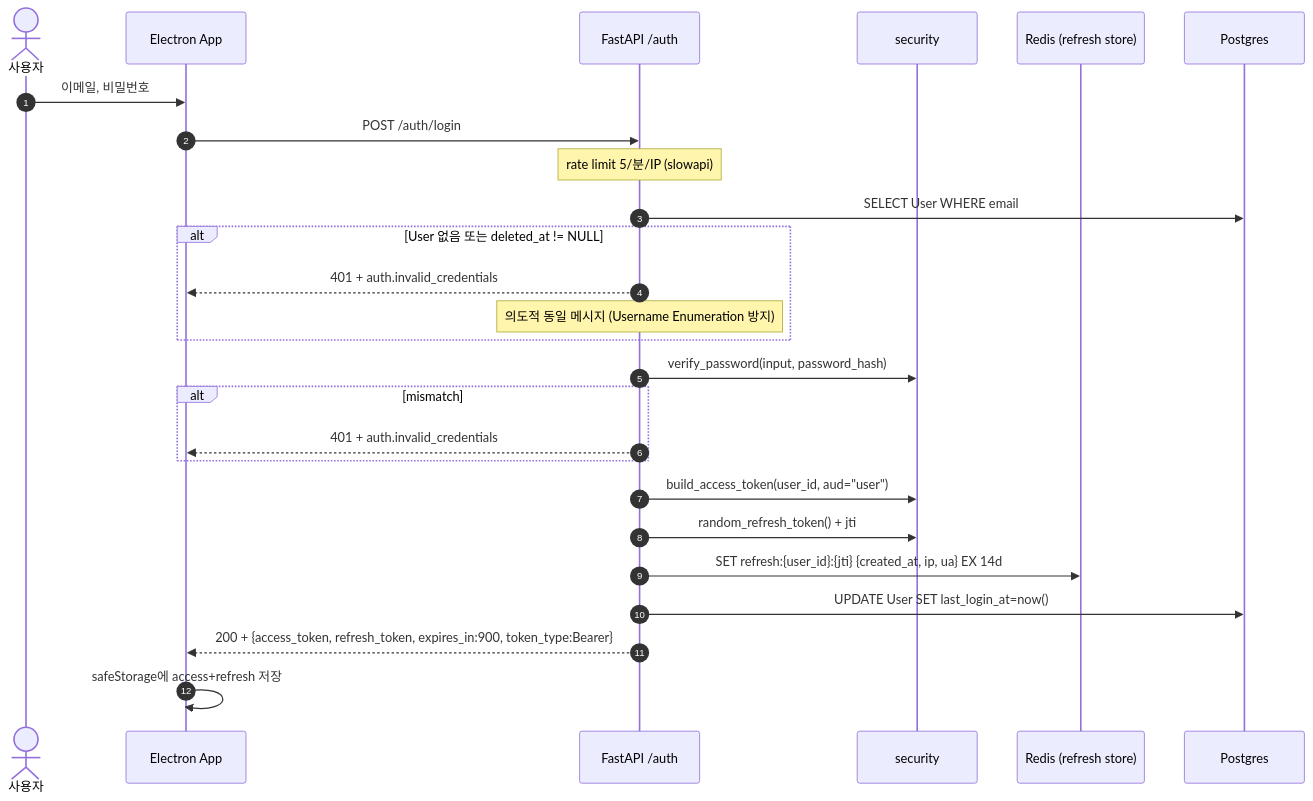
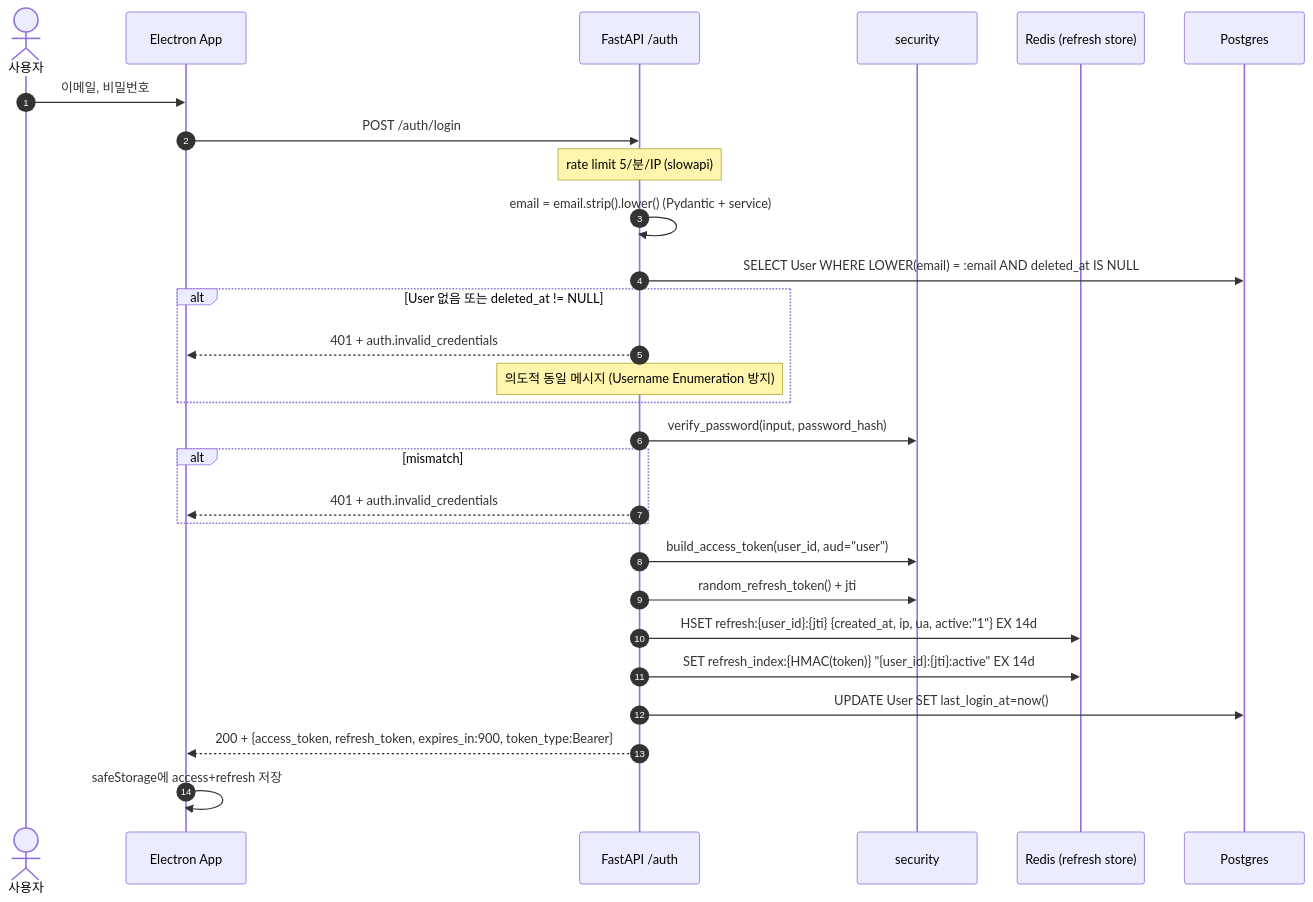
Before and after one commit to nwejnkasdf/SKKU-insight: the second of 5 diagrams in docs/security/auth-flow.md, drawn with Mermaid. The commit also changed other lines of this file and 9 other files, not shown here.

````diff
--- a/docs/security/auth-flow.md
+++ b/docs/security/auth-flow.md
@@ -48,29 +52,31 @@
 ```mermaid
 sequenceDiagram
     autonumber
     actor U as 사용자
     participant E as Electron App
     participant API as FastAPI /auth
     participant Sec as security
     participant Redis as Redis (refresh store)
     participant DB as Postgres
 
     U->>E: 이메일, 비밀번호
     E->>API: POST /auth/login
     Note over API: rate limit 5/분/IP (slowapi)
-    API->>DB: SELECT User WHERE email
+    API->>API: email = email.strip().lower()  (Pydantic + service)
+    API->>DB: SELECT User WHERE LOWER(email) = :email AND deleted_at IS NULL
     alt User 없음 또는 deleted_at != NULL
         API-->>E: 401 + auth.invalid_credentials
         Note over API: 의도적 동일 메시지 (Username Enumeration 방지)
     end
     API->>Sec: verify_password(input, password_hash)
     alt mismatch
         API-->>E: 401 + auth.invalid_credentials
     end
     API->>Sec: build_access_token(user_id, aud="user")
     API->>Sec: random_refresh_token() + jti
-    API->>Redis: SET refresh:{user_id}:{jti} {created_at, ip, ua} EX 14d
+    API->>Redis: HSET refresh:{user_id}:{jti} {created_at, ip, ua, active:"1"} EX 14d
+    API->>Redis: SET refresh_index:{HMAC(token)} "{user_id}:{jti}:active" EX 14d
     API->>DB: UPDATE User SET last_login_at=now()
     API-->>E: 200 + {access_token, refresh_token, expires_in:900, token_type:Bearer}
     E->>E: safeStorage에 access+refresh 저장
 ```
````
